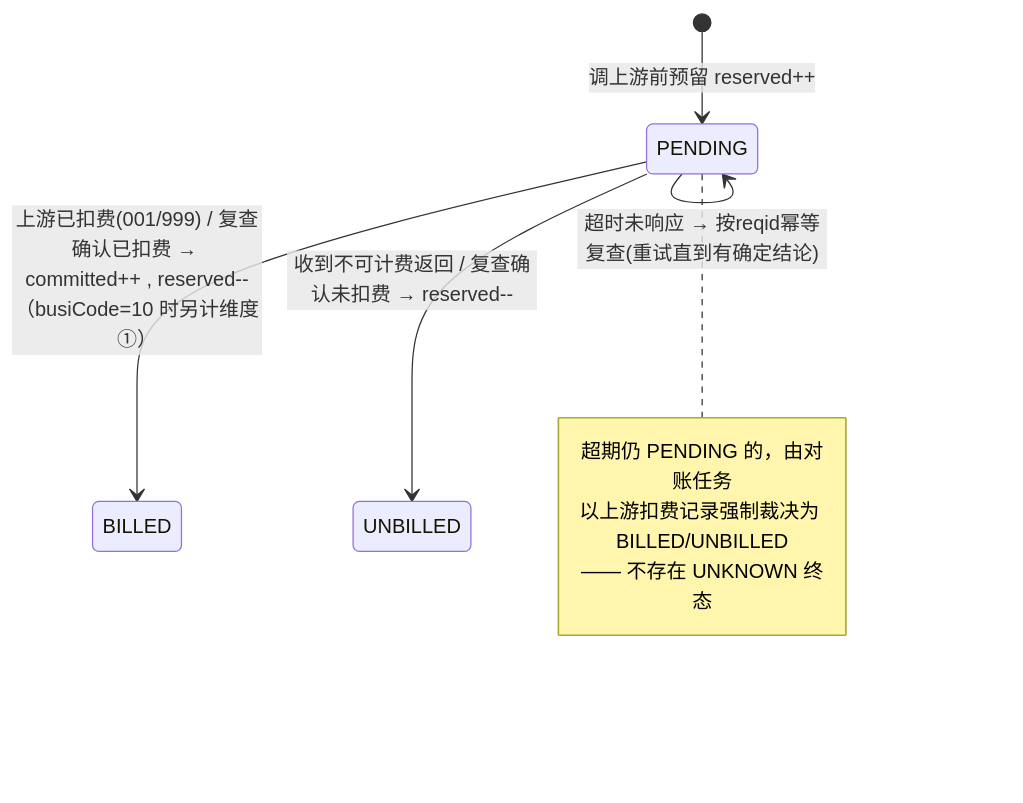
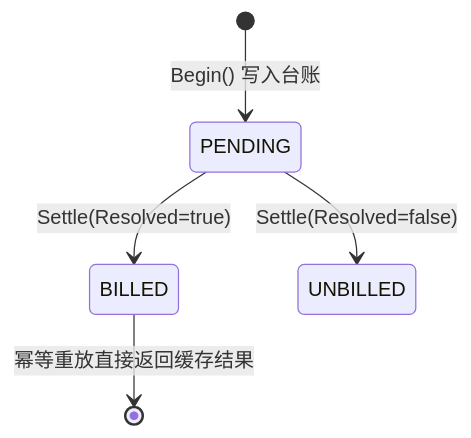
One commit to YunChen1227/DataHub changed the third of 3 diagrams in docs/DESIGN.md. Above: the diagram before and after it, drawn with Mermaid. The commit also changed other lines of this file and 32 other files, not shown here.

````diff
--- a/docs/DESIGN.md
+++ b/docs/DESIGN.md
@@ -342,12 +342,7 @@
 ```mermaid
 stateDiagram-v2
-    [*] --> PENDING: 调上游前预留 reserved++
-    PENDING --> BILLED: 上游已扣费(001/999) / 复查确认已扣费 → committed++ , reserved--（busiCode=10 时另计维度①）
-    PENDING --> UNBILLED: 收到不可计费返回 / 复查确认未扣费 → reserved--
-    PENDING --> PENDING: 超时未响应 → 按reqid幂等复查(重试直到有确定结论)
-    note right of PENDING
-      超期仍 PENDING 的，由对账任务
-      以上游扣费记录强制裁决为 BILLED/UNBILLED
-      —— 不存在 UNKNOWN 终态
-    end note
+    [*] --> PENDING: Begin() 写入台账
+    PENDING --> BILLED: Settle(Resolved=true)
+    PENDING --> UNBILLED: Settle(Resolved=false)
+    BILLED --> [*]: 幂等重放直接返回缓存结果
 ```
````
